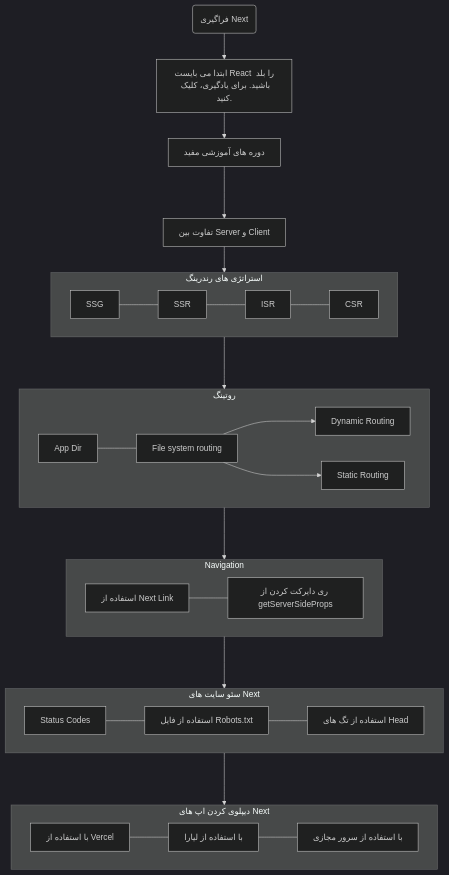
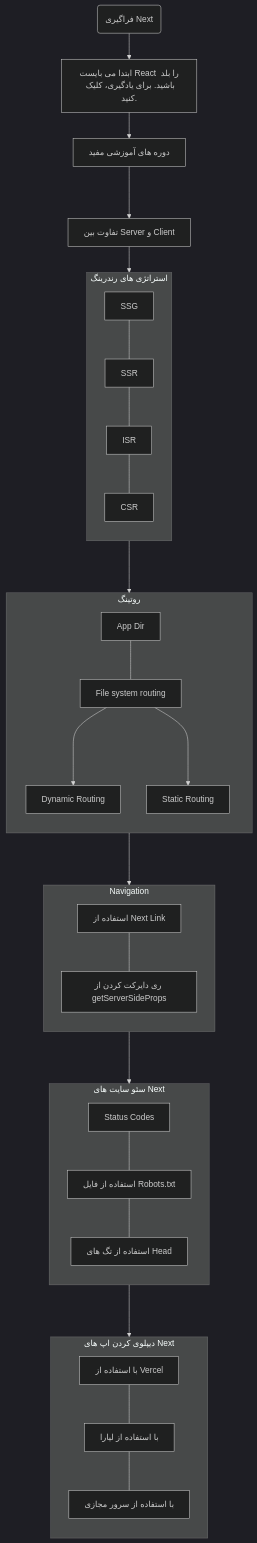
The diagram in apps/web/data/roadmaps/web-development/next/readme.md (masir-me/masir), drawn with Mermaid (dark theme) before and after one commit. The commit also changed 51 other files, not shown here.

````diff
--- a/apps/web/data/roadmaps/web-development/next/readme.md
+++ b/apps/web/data/roadmaps/web-development/next/readme.md
@@ -6,26 +6,31 @@
 ```mermaid
 flowchart TB;
 start(فراگیری Next)-->react["ابتدا می بایست React را بلد باشید. برای یادگیری، کلیک کنید."];
 react-->courses["دوره های آموزشی مفید"]--->server-and-client-difference["تفاوت بین Server و Client"]-->strategies;
 subgraph strategies["استراتژی های رندرینگ"]
+direction TB
 ssg[SSG]---ssr[SSR]---isr[ISR]---csr[CSR]
 end
 subgraph routing["روتینگ"]
+direction TB
 app-dir["App Dir"]---file-system-routing["File system routing"]--->dynamic-route["Dynamic Routing"]
 file-system-routing--->static-route["Static Routing"]
 end
 strategies--->routing
 routing--->navigation
 subgraph navigation["Navigation"]
+direction TB
 next-link["استفاده از Next Link"]---server-side-navigation["ری دایرکت کردن از getServerSideProps"]
 end
 navigation--->seo
 subgraph seo["سئو سایت های Next"]
+direction TB
 status-codes["Status Codes"]---robots-txt["استفاده از فایل Robots.txt"]---head-tags["استفاده از تگ های Head"]
 end
 seo--->deploy
 subgraph deploy["دیپلوی کردن اپ های Next"]
+direction TB
 vercel["با استفاده از Vercel"]---liara["با استفاده از لیارا"]---vps["با استفاده از سرور مجازی"]
 end
 click react href "/roadmap/web-development/react"
 ```
````
